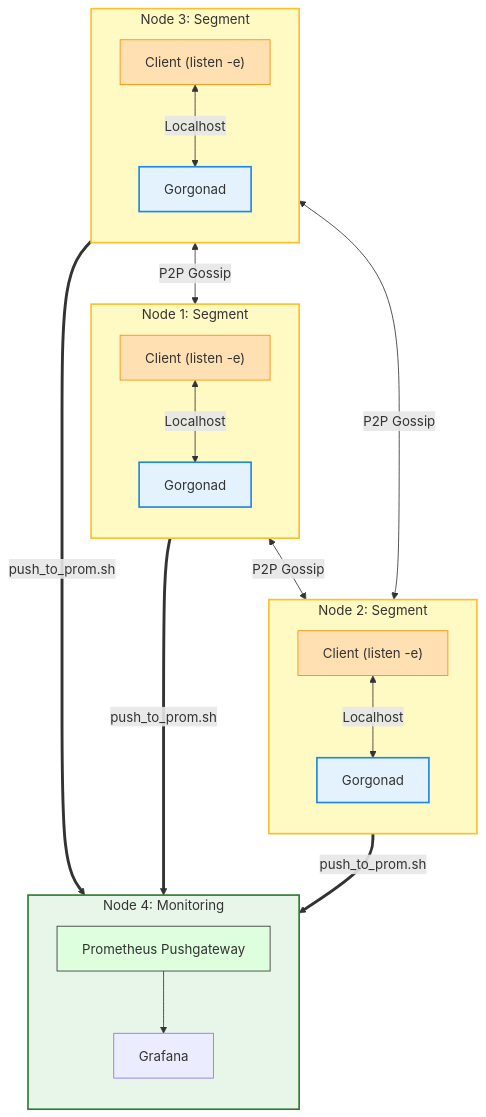
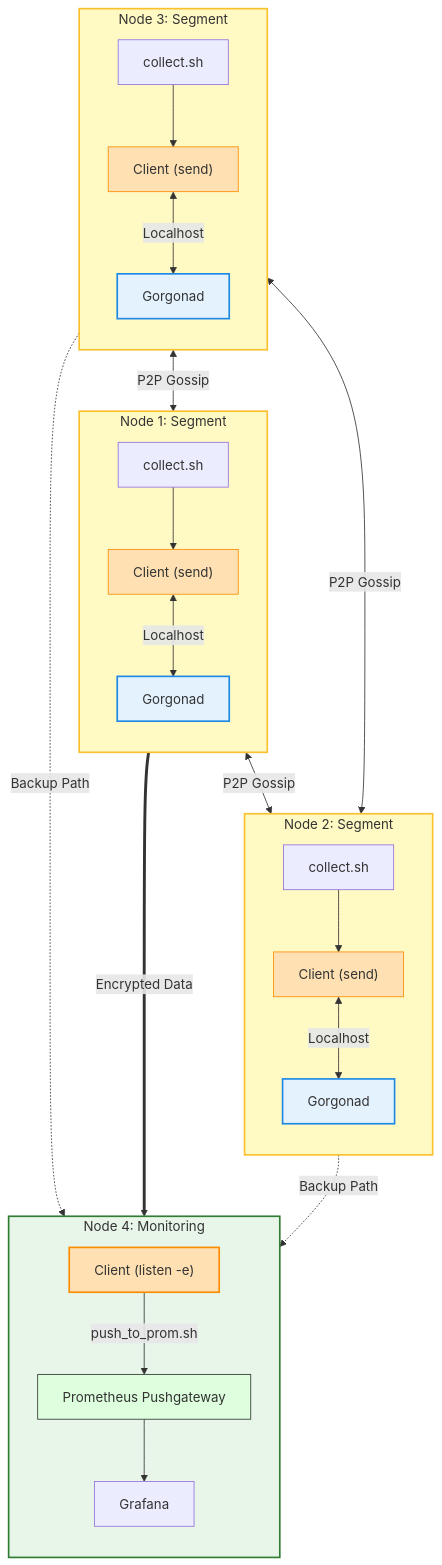
The diagram in plugins/prom_push/readme.md (psqlmaster/gorgona), drawn with Mermaid before and after one commit.

Commit message:
docs(prom_push): add redundant paths to architecture diagram to highlight P2P resilience

````diff
--- a/plugins/prom_push/readme.md
+++ b/plugins/prom_push/readme.md
@@ -38,51 +38,54 @@
 ```mermaid
 graph TD
     %% Segment Nodes
     subgraph S1 ["Node 1: Segment"]
         direction TB
-        C1["Client (listen -e)"] <-->|Localhost| D1["Gorgonad"]
+        sh1["collect.sh"] --> C1["Client (send)"]
+        C1 <-->|Localhost| D1["Gorgonad"]
     end
 
     subgraph S2 ["Node 2: Segment"]
         direction TB
-        C2["Client (listen -e)"] <-->|Localhost| D2["Gorgonad"]
+        sh2["collect.sh"] --> C2["Client (send)"]
+        C2 <-->|Localhost| D2["Gorgonad"]
     end
 
     subgraph S3 ["Node 3: Segment"]
         direction TB
-        C3["Client (listen -e)"] <-->|Localhost| D3["Gorgonad"]
+        sh3["collect.sh"] --> C3["Client (send)"]
+        C3 <-->|Localhost| D3["Gorgonad"]
     end
 
     %% Prometheus Node
     subgraph PROM ["Node 4: Monitoring"]
         direction TB
-        GW["Prometheus Pushgateway"]
-        Grafana["Grafana"]
-        GW --> Grafana
+        C4["Client (listen -e)"] -->|push_to_prom.sh| GW["Prometheus Pushgateway"]
+        GW --> Grafana["Grafana"]
     end
 
     %% P2P Mesh (Full Triangle)
     D1 <-->|P2P Gossip| D2
     D2 <-->|P2P Gossip| D3
     D3 <-->|P2P Gossip| D1
 
-    %% Telemetry Push Flow (All segments to Node 4)
-    C1 ==>|push_to_prom.sh| GW
-    C2 ==>|push_to_prom.sh| GW
-    C3 ==>|push_to_prom.sh| GW
+    %% Telemetry Flow (Primary and Backup paths)
+    D1 ==>|Encrypted Data| C4
+    D2 -.->|Backup Path| C4
+    D3 -.->|Backup Path| C4
 
     %% Styling Nodes (Yellow for Segments, Green for Monitoring)
     style S1 fill:#fff9c4,stroke:#fbc02d,stroke-width:2px
     style S2 fill:#fff9c4,stroke:#fbc02d,stroke-width:2px
     style S3 fill:#fff9c4,stroke:#fbc02d,stroke-width:2px
     style PROM fill:#e8f5e9,stroke:#2e7d32,stroke-width:2px
 
     %% Styling Components
     style C1 fill:#ffe0b2,stroke:#fb8c00
     style C2 fill:#ffe0b2,stroke:#fb8c00
     style C3 fill:#ffe0b2,stroke:#fb8c00
+    style C4 fill:#ffe0b2,stroke:#fb8c00,stroke-width:2px
     style D1 fill:#e3f2fd,stroke:#1e88e5,stroke-width:2px
     style D2 fill:#e3f2fd,stroke:#1e88e5,stroke-width:2px
     style D3 fill:#e3f2fd,stroke:#1e88e5,stroke-width:2px
     style GW fill:#dfd,stroke:#333
 ```
````
